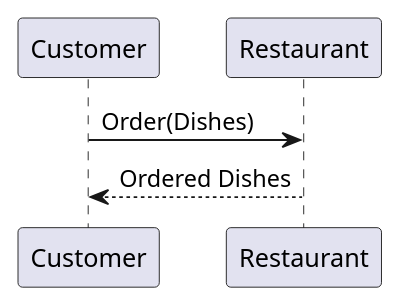
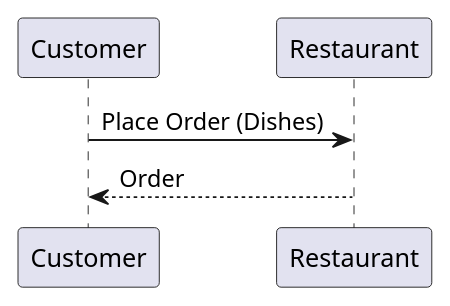
One commit to makersacademy/takeaway-challenge changed the second of 4 diagrams in docs/UserStories.md. Above: the diagram before and after it, drawn with PlantUML. The commit also changed other lines of this file and 6 other files, not shown here.

````diff
--- a/docs/UserStories.md
+++ b/docs/UserStories.md
@@ -20,4 +20,4 @@
 ```puml
-Customer->Restaurant: Order(Dishes)
-Restaurant-->Customer: Ordered Dishes
+Customer->Restaurant: Place Order (Dishes)
+Restaurant-->Customer: Order
 ```
````
